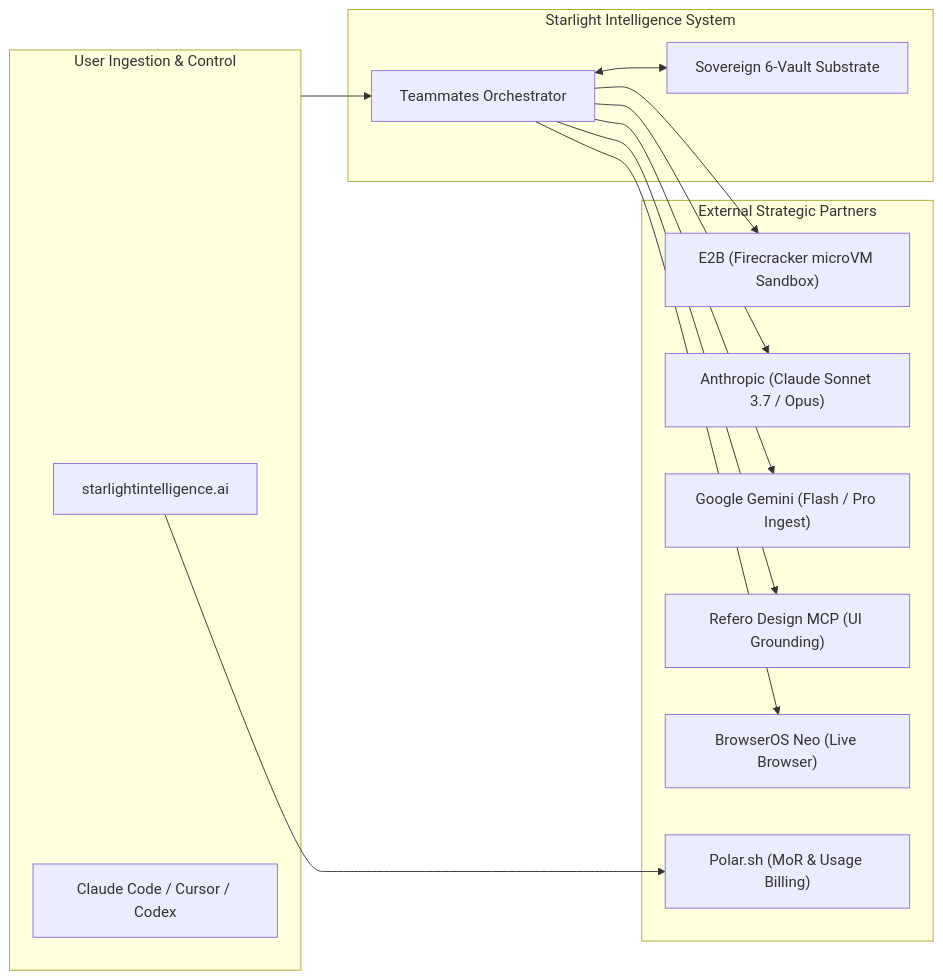
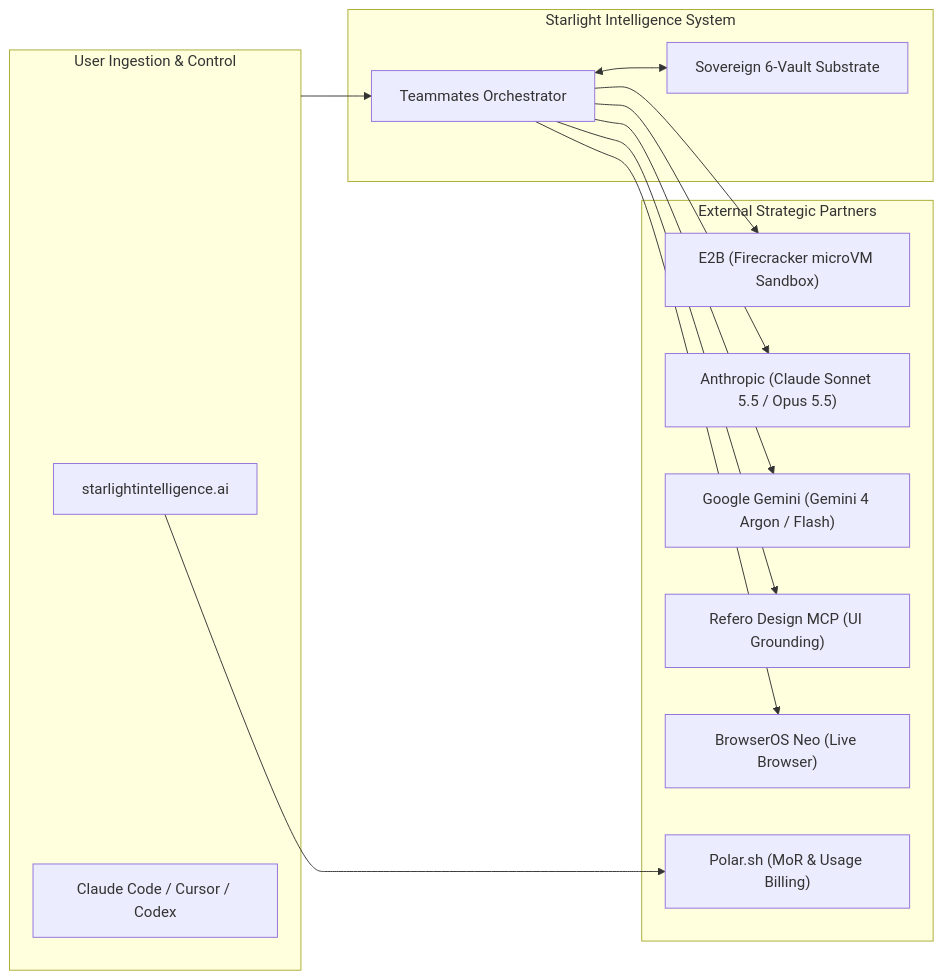
One commit to frankxai/Starlight-Intelligence-System changed the diagram in docs/specs/starlight-teammates/PARTNERS.md. Above: the diagram before and after it, drawn with Mermaid. The commit also changed other lines of this file and 5 other files, not shown here.

Commit message:
fix(models): upgrade model routing to cutting-edge generation (Sonnet 5.5, Gemini 4 Argon, Opus 5.5, GPT-6.1 Sol, Astra)

````diff
--- a/docs/specs/starlight-teammates/PARTNERS.md
+++ b/docs/specs/starlight-teammates/PARTNERS.md
@@ -67,30 +67,30 @@
 ```mermaid
 graph LR
     subgraph Users ["User Ingestion & Control"]
         Web["starlightintelligence.ai"]
         IDEs["Claude Code / Cursor / Codex"]
     end
 
     subgraph Core ["Starlight Intelligence System"]
         TeammateEngine["Teammates Orchestrator"]
         SISVaults["Sovereign 6-Vault Substrate"]
     end
 
     subgraph Partners ["External Strategic Partners"]
         E2B["E2B (Firecracker microVM Sandbox)"]
-        Anthropic["Anthropic (Claude Sonnet 3.7 / Opus)"]
-        Google["Google Gemini (Flash / Pro Ingest)"]
+        Anthropic["Anthropic (Claude Sonnet 5.5 / Opus 5.5)"]
+        Google["Google Gemini (Gemini 4 Argon / Flash)"]
         Refero["Refero Design MCP (UI Grounding)"]
         BrowserOS["BrowserOS Neo (Live Browser)"]
         Polar["Polar.sh (MoR & Usage Billing)"]
     end
 
     Users --> TeammateEngine
     TeammateEngine <--> SISVaults
     TeammateEngine --> Anthropic
     TeammateEngine --> Google
     TeammateEngine --> E2B
     TeammateEngine --> Refero
     TeammateEngine --> BrowserOS
     Web --> Polar
 ```
````
